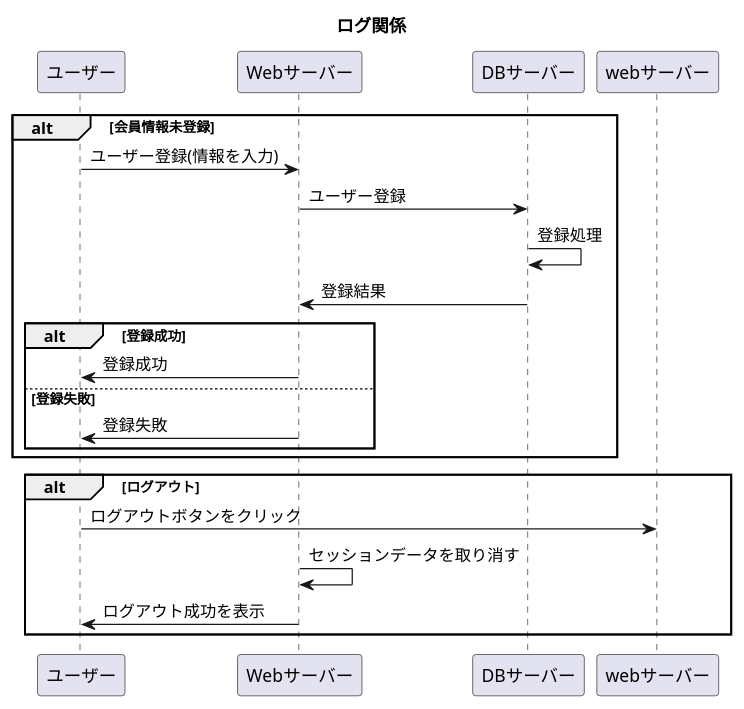
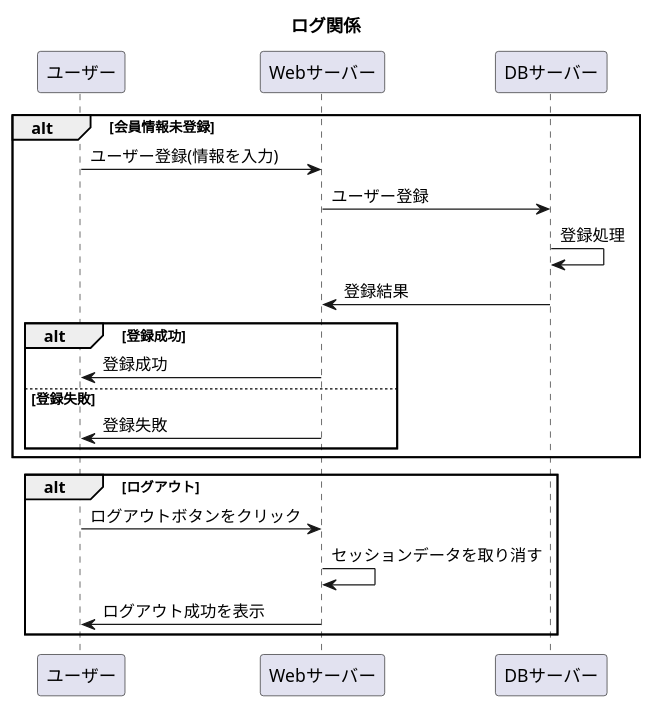
One commit to Aso2001227/Aso-Sports-1 changed the diagram in 設計書/02_業務フロー/Log-flow.md. Above: the diagram before and after it, drawn with PlantUML.

````diff
--- a/設計書/02_業務フロー/Log-flow.md
+++ b/設計書/02_業務フロー/Log-flow.md
@@ -1,21 +1,21 @@
 ```uml
 @startuml
 title: ログ関係
 alt 会員情報未登録
   ユーザー -> Webサーバー : ユーザー登録(情報を入力)
   Webサーバー -> DBサーバー : ユーザー登録
   DBサーバー -> DBサーバー : 登録処理
   DBサーバー -> Webサーバー : 登録結果
   alt 登録成功
     Webサーバー -> ユーザー : 登録成功
     else 登録失敗
     Webサーバー -> ユーザー : 登録失敗
   end
  end
 alt ログアウト
-ユーザー ->webサーバー :ログアウトボタンをクリック
+ユーザー ->Webサーバー :ログアウトボタンをクリック
 Webサーバー -> Webサーバー :セッションデータを取り消す
 Webサーバー -> ユーザー :ログアウト成功を表示
 end
 @enduml
 ```
````
